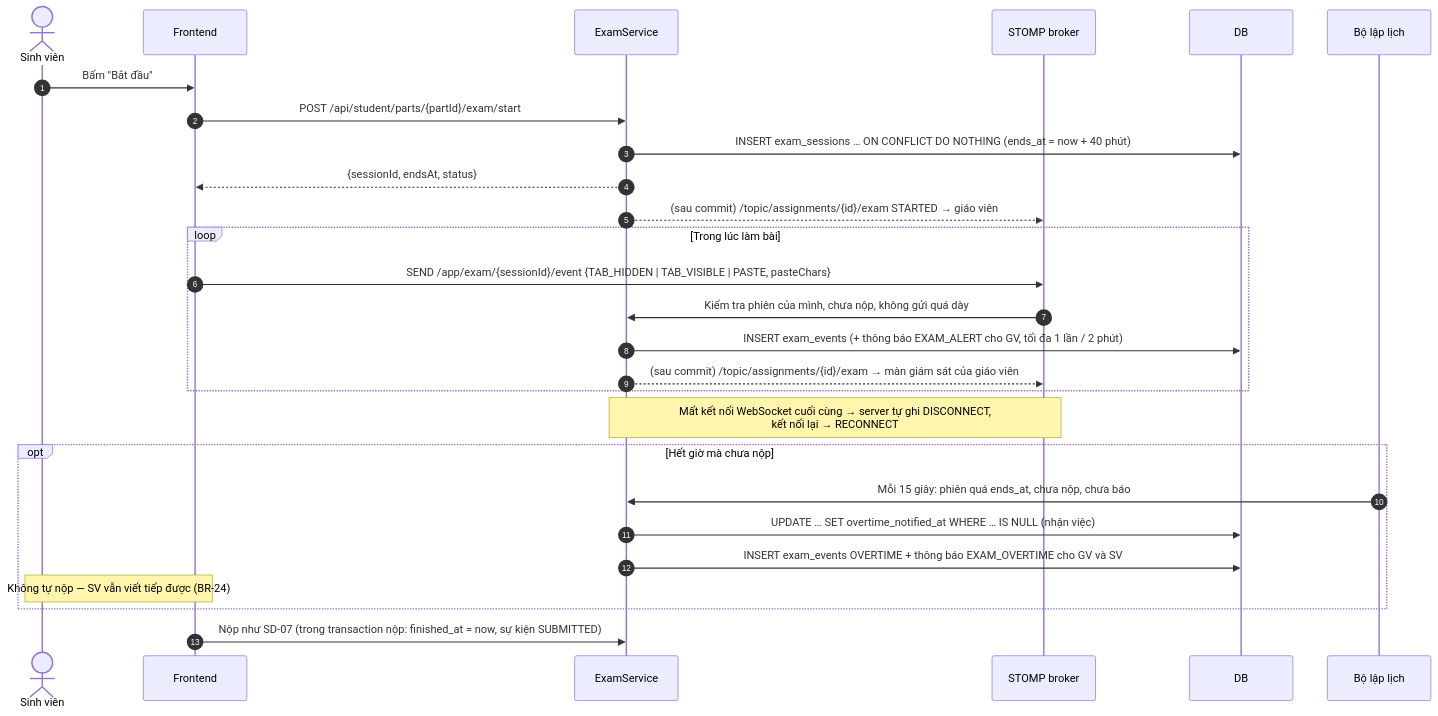
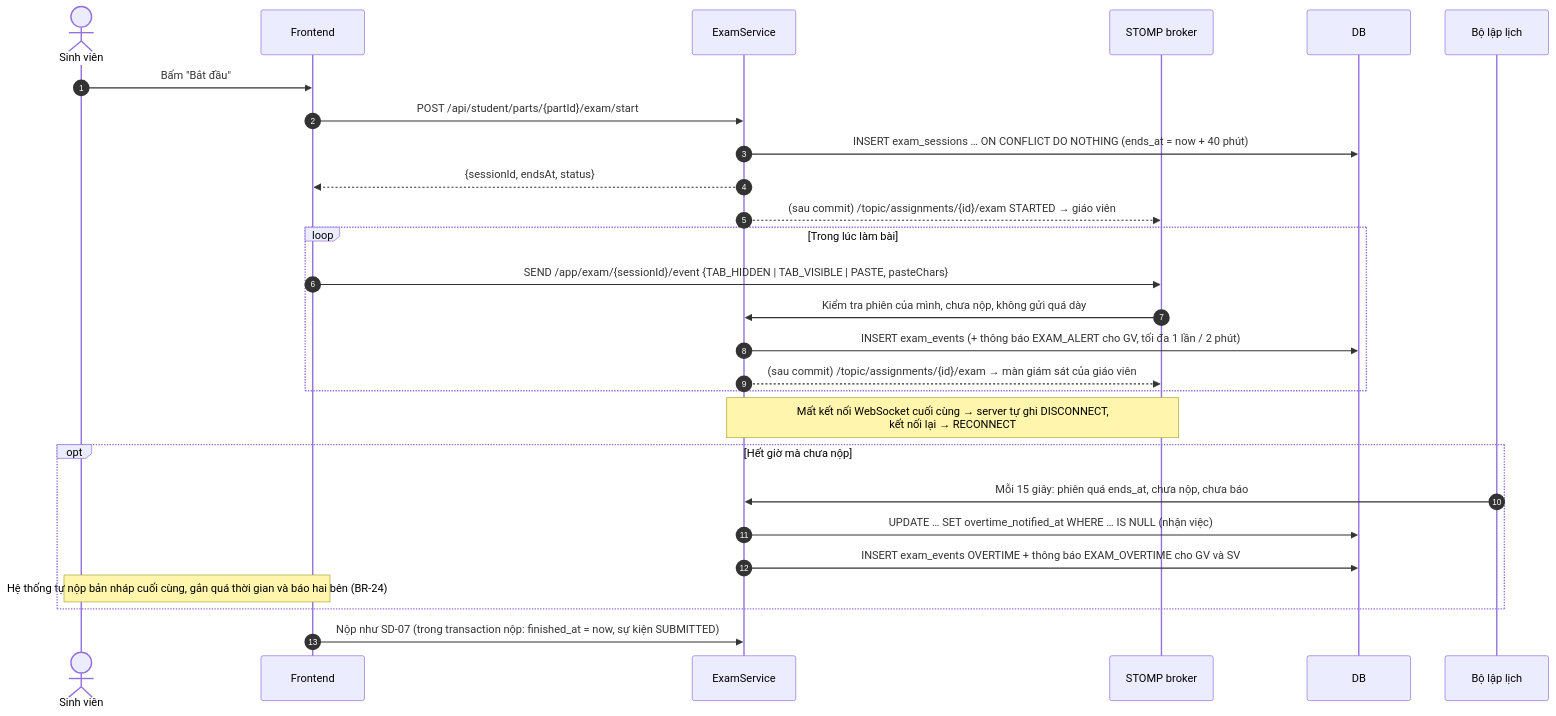
Diagram 13 of 13 in docs/03-sequence.md (duckkthoi/ielts-system), drawn with Mermaid before and after one commit. The commit also changed 34 other files, not shown here.

````diff
--- a/docs/03-sequence.md
+++ b/docs/03-sequence.md
@@ -544,30 +544,30 @@
 ```mermaid
 sequenceDiagram
     autonumber
     actor SV as Sinh viên
     participant FE as Frontend
     participant E as ExamService
     participant WS as STOMP broker
     participant DB as DB
     participant SCH as Bộ lập lịch
 
     SV->>FE: Bấm "Bắt đầu"
     FE->>E: POST /api/student/parts/{partId}/exam/start
     E->>DB: INSERT exam_sessions … ON CONFLICT DO NOTHING (ends_at = now + 40 phút)
     E-->>FE: {sessionId, endsAt, status}
     E-->>WS: (sau commit) /topic/assignments/{id}/exam STARTED → giáo viên
     loop Trong lúc làm bài
         FE->>WS: SEND /app/exam/{sessionId}/event {TAB_HIDDEN | TAB_VISIBLE | PASTE, pasteChars}
         WS->>E: Kiểm tra phiên của mình, chưa nộp, không gửi quá dày
         E->>DB: INSERT exam_events (+ thông báo EXAM_ALERT cho GV, tối đa 1 lần / 2 phút)
         E-->>WS: (sau commit) /topic/assignments/{id}/exam → màn giám sát của giáo viên
     end
     Note over WS,E: Mất kết nối WebSocket cuối cùng → server tự ghi DISCONNECT,<br/>kết nối lại → RECONNECT
     opt Hết giờ mà chưa nộp
         SCH->>E: Mỗi 15 giây: phiên quá ends_at, chưa nộp, chưa báo
         E->>DB: UPDATE … SET overtime_notified_at WHERE … IS NULL (nhận việc)
         E->>DB: INSERT exam_events OVERTIME + thông báo EXAM_OVERTIME cho GV và SV
-        Note over SV,FE: Không tự nộp — SV vẫn viết tiếp được (BR-24)
+        Note over SV,FE: Hệ thống tự nộp bản nháp cuối cùng, gắn quá thời gian và báo hai bên (BR-24)
     end
     FE->>E: Nộp như SD-07 (trong transaction nộp: finished_at = now, sự kiện SUBMITTED)
 ```
````
